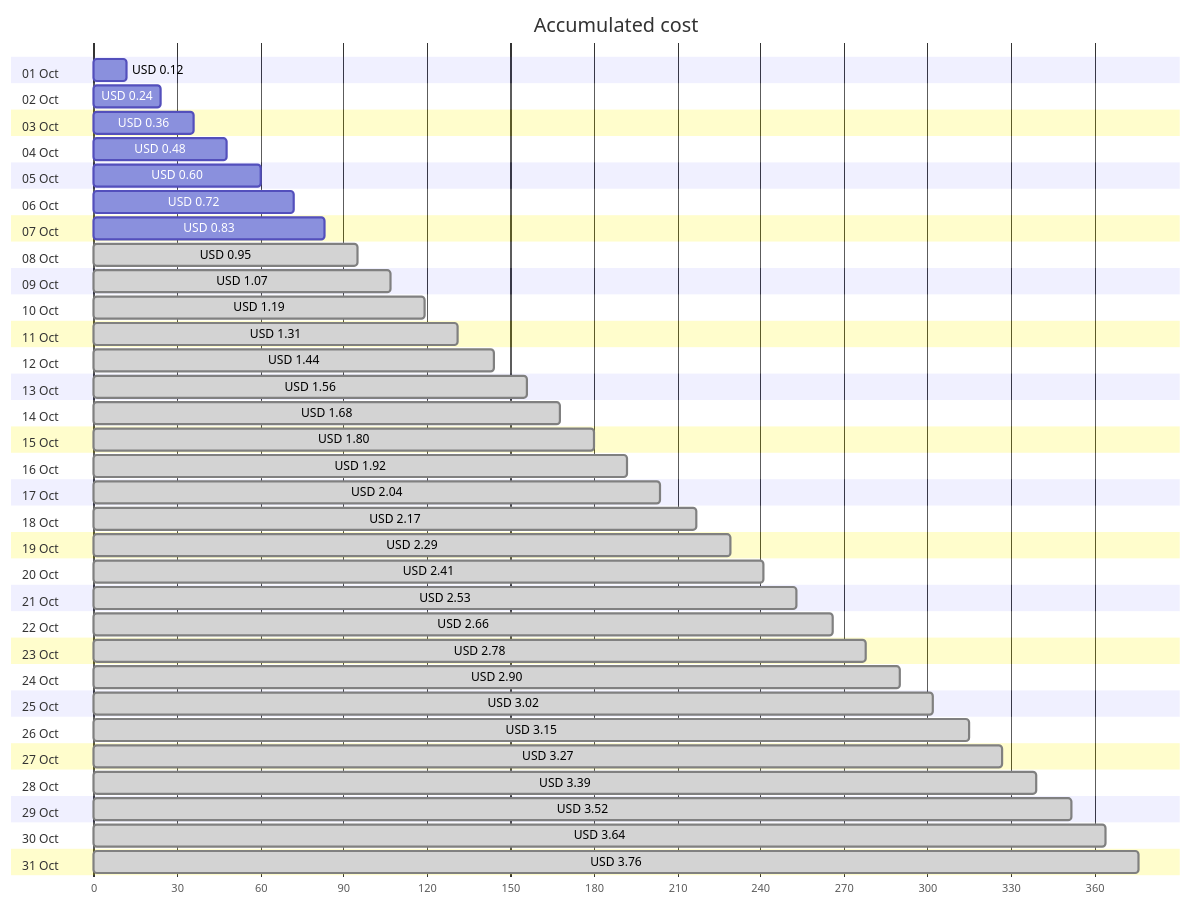
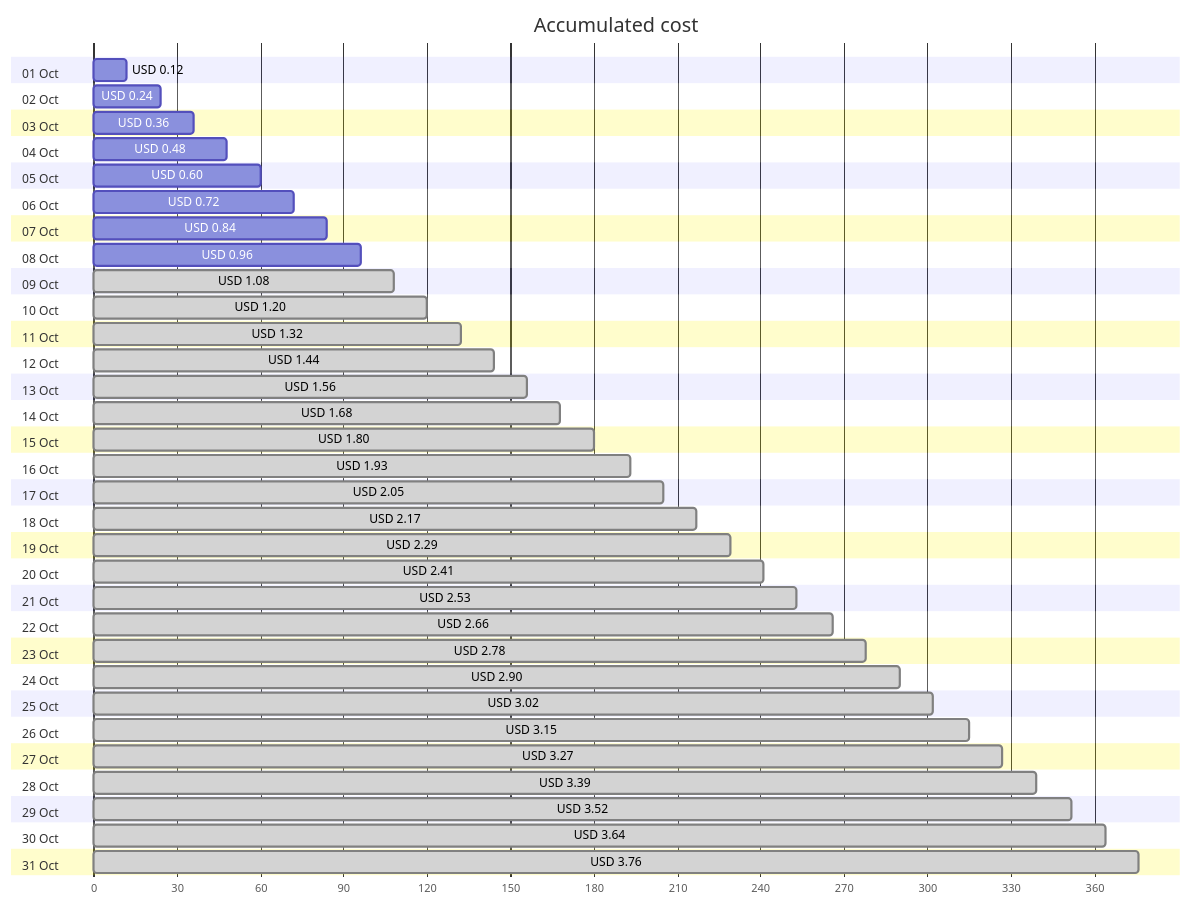
Before and after one commit to jpfulton/azure-personal-reports: the first of 4 diagrams in cost-reports/personal-network/vpn-server-public-ip.md, drawn with Mermaid. The commit also changed other lines of this file and 8 other files, not shown here.

````diff
--- a/cost-reports/personal-network/vpn-server-public-ip.md
+++ b/cost-reports/personal-network/vpn-server-public-ip.md
@@ -20,68 +20,68 @@
 ```mermaid
 gantt
    title Accumulated cost
    dateFormat  X
    axisFormat %s
    section 01 Oct
    USD 0.12 :0, 12
    section 02 Oct
    USD 0.24 :0, 24
    section 03 Oct
    USD 0.36 :0, 36
    section 04 Oct
    USD 0.48 :0, 48
    section 05 Oct
    USD 0.60 :0, 60
    section 06 Oct
    USD 0.72 :0, 72
    section 07 Oct
-   USD 0.83 :0, 83
+   USD 0.84 :0, 84
    section 08 Oct
-   USD 0.95 : done, 0, 95
+   USD 0.96 :0, 96
    section 09 Oct
-   USD 1.07 : done, 0, 107
+   USD 1.08 : done, 0, 108
    section 10 Oct
-   USD 1.19 : done, 0, 119
+   USD 1.20 : done, 0, 120
    section 11 Oct
-   USD 1.31 : done, 0, 131
+   USD 1.32 : done, 0, 132
    section 12 Oct
    USD 1.44 : done, 0, 144
    section 13 Oct
    USD 1.56 : done, 0, 156
    section 14 Oct
    USD 1.68 : done, 0, 168
    section 15 Oct
    USD 1.80 : done, 0, 180
    section 16 Oct
-   USD 1.92 : done, 0, 192
+   USD 1.93 : done, 0, 193
    section 17 Oct
-   USD 2.04 : done, 0, 204
+   USD 2.05 : done, 0, 205
    section 18 Oct
    USD 2.17 : done, 0, 217
    section 19 Oct
    USD 2.29 : done, 0, 229
    section 20 Oct
    USD 2.41 : done, 0, 241
    section 21 Oct
    USD 2.53 : done, 0, 253
    section 22 Oct
    USD 2.66 : done, 0, 266
    section 23 Oct
    USD 2.78 : done, 0, 278
    section 24 Oct
    USD 2.90 : done, 0, 290
    section 25 Oct
    USD 3.02 : done, 0, 302
    section 26 Oct
    USD 3.15 : done, 0, 315
    section 27 Oct
    USD 3.27 : done, 0, 327
    section 28 Oct
    USD 3.39 : done, 0, 339
    section 29 Oct
    USD 3.52 : done, 0, 352
    section 30 Oct
    USD 3.64 : done, 0, 364
    section 31 Oct
    USD 3.76 : done, 0, 376
 ```
````
